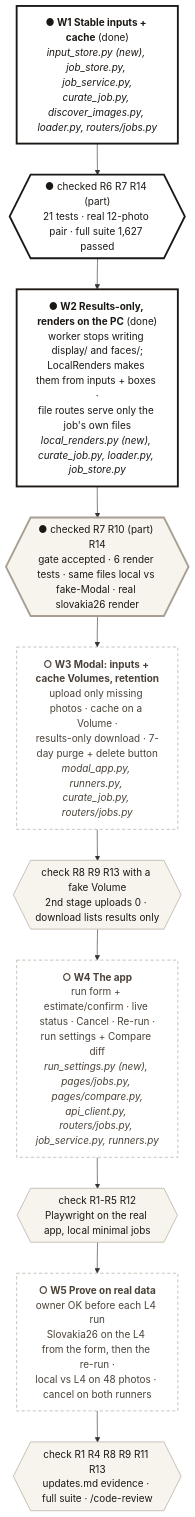
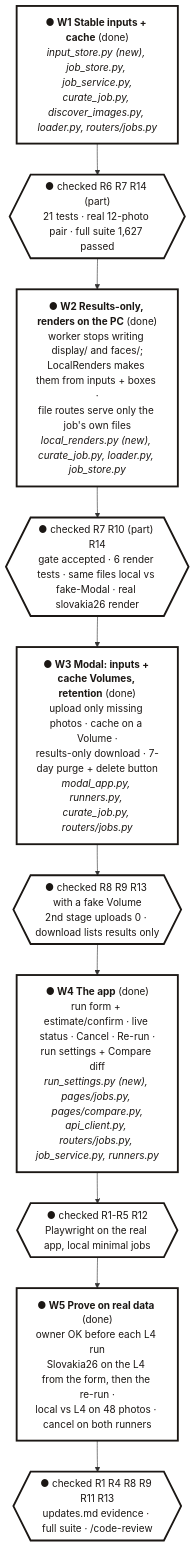
One commit to jonathanhexner/albumify changed the first of 2 diagrams in specs/115-album-workbench/spec.md. Above: the diagram before and after it, drawn with Mermaid. The commit also changed other lines of this file and 36 other files, not shown here.

First line of the commit message:
feat(spec-115 W3-W5): run albums from the app on this PC or the L4; results only come back

````diff
--- a/specs/115-album-workbench/spec.md
+++ b/specs/115-album-workbench/spec.md
@@ -38,20 +38,18 @@
 ```mermaid
 flowchart TD
   W1["<b>● W1 Stable inputs + cache</b> (done)<br/><i>input_store.py (new), job_store.py, job_service.py,<br/>curate_job.py, discover_images.py, loader.py, routers/jobs.py</i>"]
   C1{{"● checked R6 R7 R14 (part)<br/>21 tests · real 12-photo pair · full suite 1,627 passed"}}
   W2["<b>● W2 Results-only, renders on the PC</b> (done)<br/>worker stops writing display/ and faces/;<br/>LocalRenders makes them from inputs + boxes ·<br/>file routes serve only the job's own files<br/><i>local_renders.py (new), curate_job.py, loader.py, job_store.py</i>"]
   C2{{"● checked R7 R10 (part) R14<br/>gate accepted · 6 render tests · same files local vs fake-Modal · real slovakia26 render"}}
-  W3["<b>○ W3 Modal: inputs + cache Volumes, retention</b><br/>upload only missing photos · cache on a Volume ·<br/>results-only download · 7-day purge + delete button<br/><i>modal_app.py, runners.py, curate_job.py, routers/jobs.py</i>"]
-  C3{{"check R8 R9 R13 with a fake Volume<br/>2nd stage uploads 0 · download lists results only"}}
-  W4["<b>○ W4 The app</b><br/>run form + estimate/confirm · live status · Cancel · Re-run ·<br/>run settings + Compare diff<br/><i>run_settings.py (new), pages/jobs.py, pages/compare.py,<br/>api_client.py, routers/jobs.py, job_service.py, runners.py</i>"]
-  C4{{"check R1-R5 R12<br/>Playwright on the real app, local minimal jobs"}}
-  W5["<b>○ W5 Prove on real data</b><br/>owner OK before each L4 run<br/>Slovakia26 on the L4 from the form, then the re-run ·<br/>local vs L4 on 48 photos · cancel on both runners"]
-  C5{{"check R1 R4 R8 R9 R11 R13<br/>updates.md evidence · full suite · /code-review"}}
+  W3["<b>● W3 Modal: inputs + cache Volumes, retention</b> (done)<br/>upload only missing photos · cache on a Volume ·<br/>results-only download · 7-day purge + delete button<br/><i>modal_app.py, runners.py, curate_job.py, routers/jobs.py</i>"]
+  C3{{"● checked R8 R9 R13 with a fake Volume<br/>2nd stage uploads 0 · download lists results only"}}
+  W4["<b>● W4 The app</b> (done)<br/>run form + estimate/confirm · live status · Cancel · Re-run ·<br/>run settings + Compare diff<br/><i>run_settings.py (new), pages/jobs.py, pages/compare.py,<br/>api_client.py, routers/jobs.py, job_service.py, runners.py</i>"]
+  C4{{"● checked R1-R5 R12<br/>Playwright on the real app, local minimal jobs"}}
+  W5["<b>● W5 Prove on real data</b> (done)<br/>owner OK before each L4 run<br/>Slovakia26 on the L4 from the form, then the re-run ·<br/>local vs L4 on 48 photos · cancel on both runners"]
+  C5{{"● checked R1 R4 R8 R9 R11 R13<br/>updates.md evidence · full suite · /code-review"}}
   W1 --> C1 --> W2 --> C2 --> W3 --> C3 --> W4 --> C4 --> W5 --> C5
   classDef done fill:#FFFFFF,stroke:#1B1714,stroke-width:3px,color:#1B1714
   classDef todo fill:#FFFFFF,stroke:#A89F92,stroke-width:1px,stroke-dasharray:5 4,color:#4A4239
   classDef check fill:#F7F4EE,stroke:#A89F92,color:#1B1714
-  class W1,C1,W2,C2 done
-  class W3,W4,W5 todo
-  class C2,C3,C4,C5 check
+  class W1,C1,W2,C2,W3,C3,W4,C4,W5,C5 done
 ```
````
